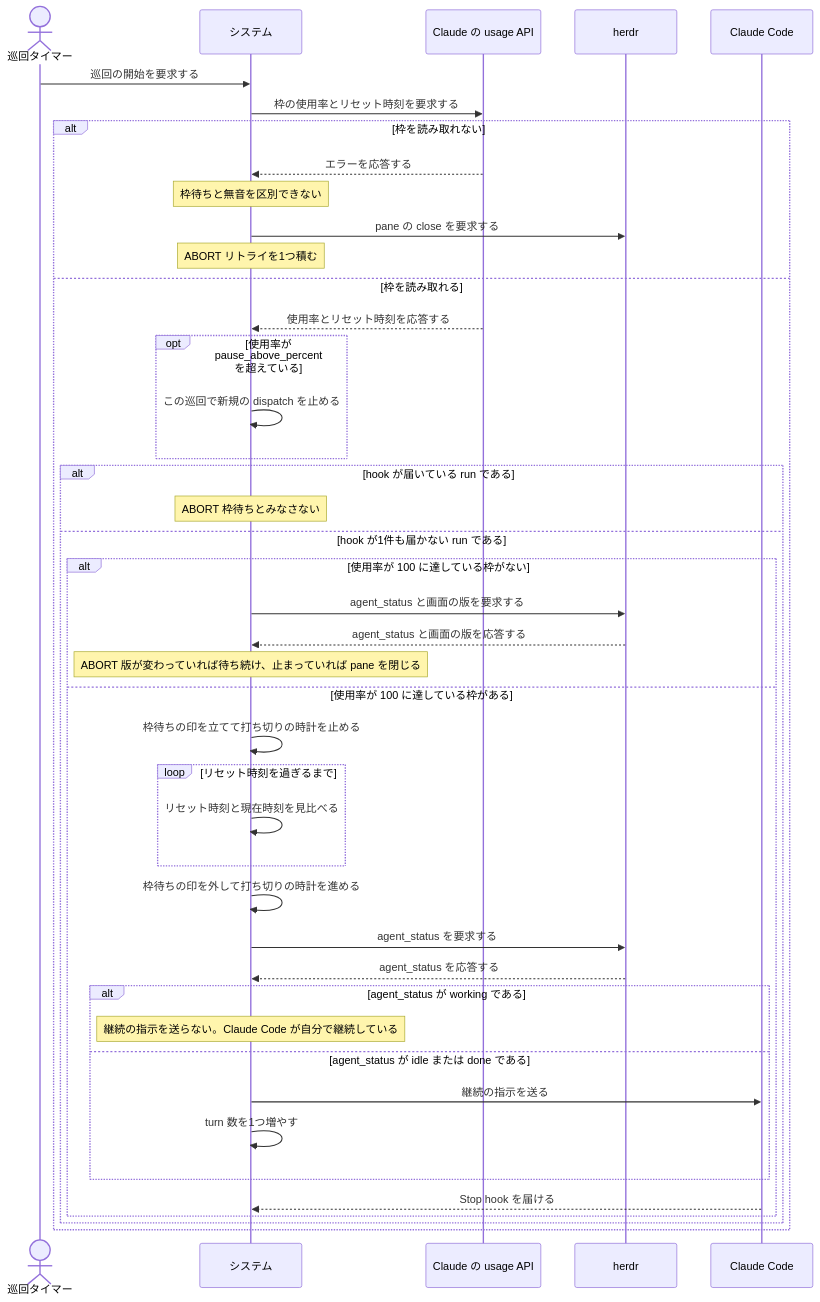
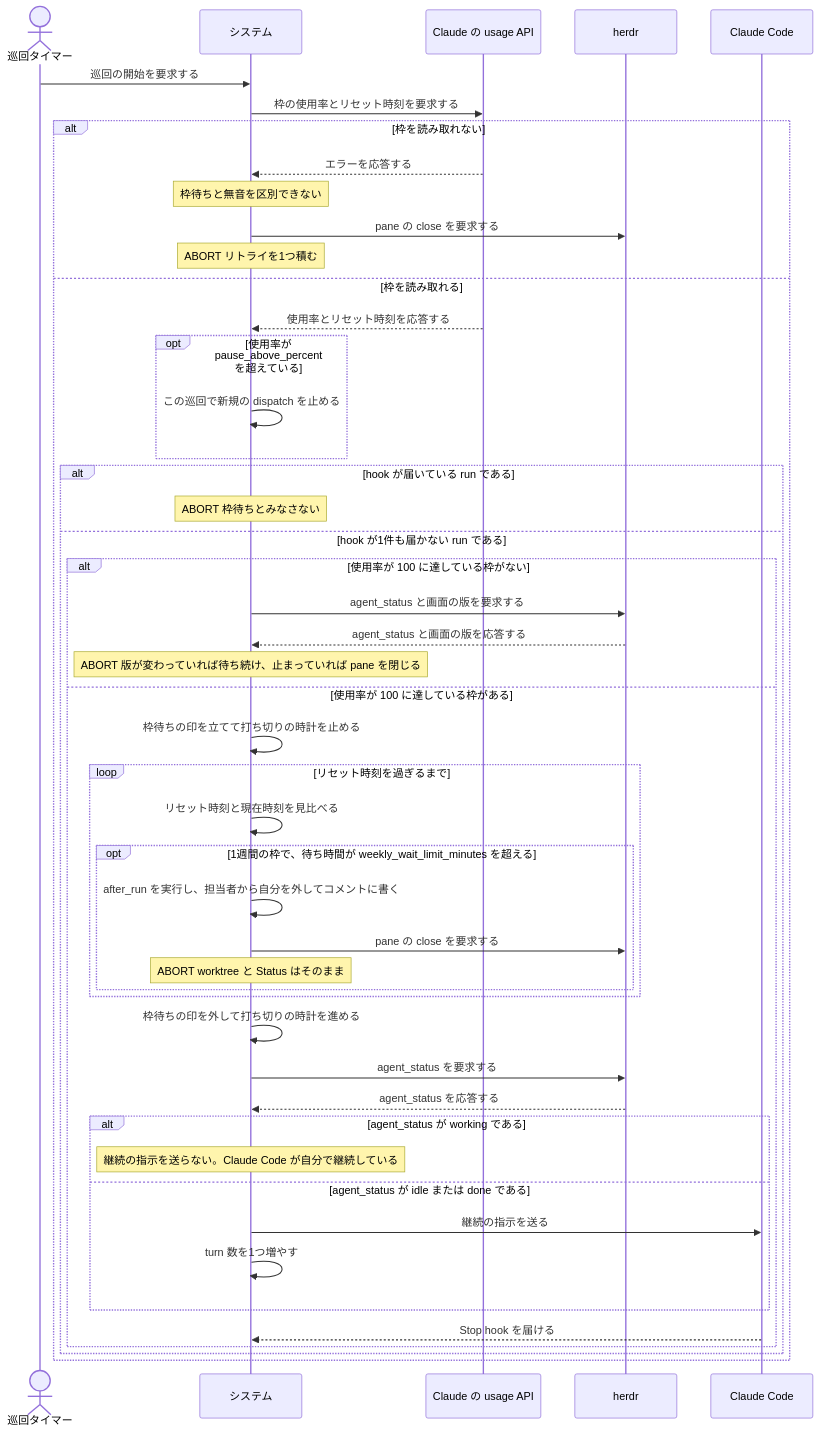
One commit to maimuzo/continuo changed the second of 2 diagrams in docs/spec/usecases/particular_case/レートリミットで待って再開する.rucm.md. Above: the diagram before and after it, drawn with Mermaid. The commit also changed other lines of this file and 16 other files, not shown here.

````diff
--- a/docs/spec/usecases/particular_case/レートリミットで待って再開する.rucm.md
+++ b/docs/spec/usecases/particular_case/レートリミットで待って再開する.rucm.md
@@ -185,46 +205,51 @@
 ```mermaid
 sequenceDiagram
     actor T as 巡回タイマー
     participant S as システム
     participant API as Claude の usage API
     participant H as herdr
     participant CC as Claude Code
 
     T->>S: 巡回の開始を要求する
     S->>API: 枠の使用率とリセット時刻を要求する
     alt 枠を読み取れない
         API-->>S: エラーを応答する
         Note over S: 枠待ちと無音を区別できない
         S->>H: pane の close を要求する
         Note over S: ABORT リトライを1つ積む
     else 枠を読み取れる
         API-->>S: 使用率とリセット時刻を応答する
         opt 使用率が pause_above_percent を超えている
             S->>S: この巡回で新規の dispatch を止める
         end
         alt hook が届いている run である
             Note over S: ABORT 枠待ちとみなさない
         else hook が1件も届かない run である
             alt 使用率が 100 に達している枠がない
                 S->>H: agent_status と画面の版を要求する
                 H-->>S: agent_status と画面の版を応答する
                 Note over S: ABORT 版が変わっていれば待ち続け、止まっていれば pane を閉じる
             else 使用率が 100 に達している枠がある
                 S->>S: 枠待ちの印を立てて打ち切りの時計を止める
                 loop リセット時刻を過ぎるまで
                     S->>S: リセット時刻と現在時刻を見比べる
+                    opt 1週間の枠で、待ち時間が weekly_wait_limit_minutes を超える
+                        S->>S: after_run を実行し、担当者から自分を外してコメントに書く
+                        S->>H: pane の close を要求する
+                        Note over S: ABORT worktree と Status はそのまま
+                    end
                 end
                 S->>S: 枠待ちの印を外して打ち切りの時計を進める
                 S->>H: agent_status を要求する
                 H-->>S: agent_status を応答する
                 alt agent_status が working である
                     Note over S: 継続の指示を送らない。Claude Code が自分で継続している
                 else agent_status が idle または done である
                     S->>CC: 継続の指示を送る
                     S->>S: turn 数を1つ増やす
                 end
                 CC-->>S: Stop hook を届ける
             end
         end
     end
 ```
````
